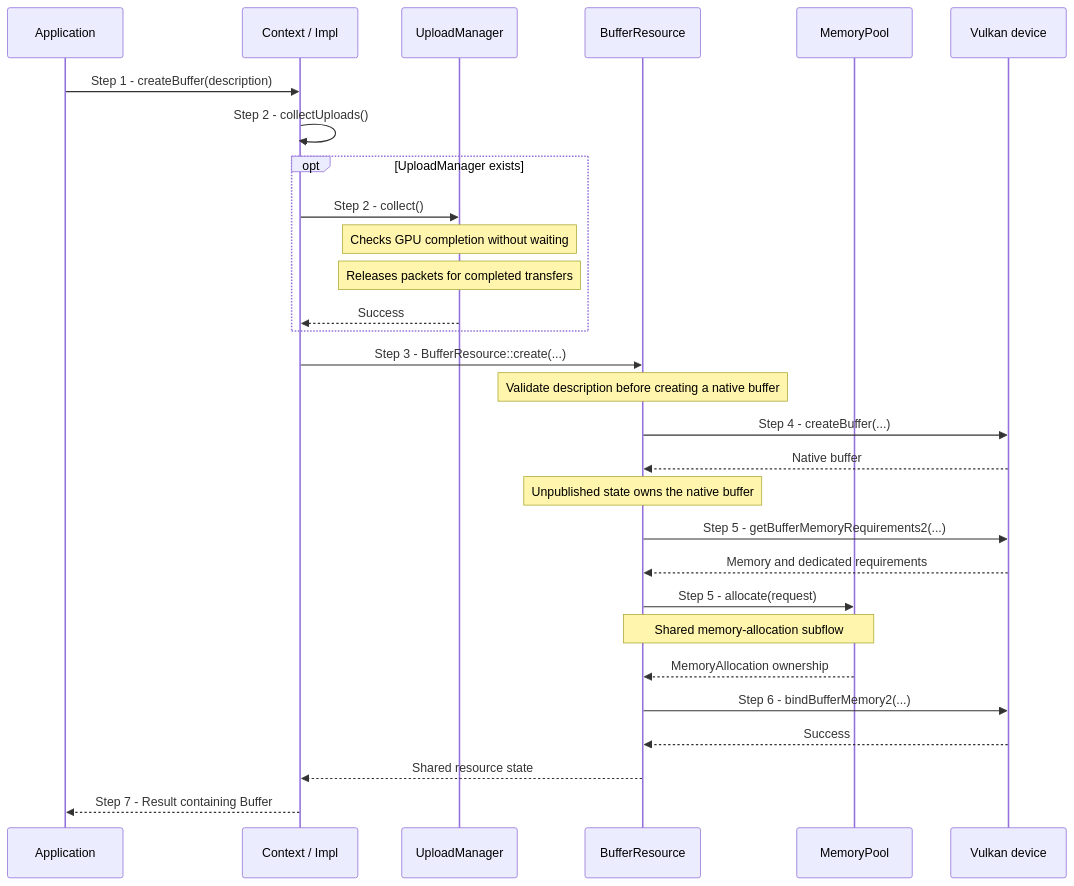
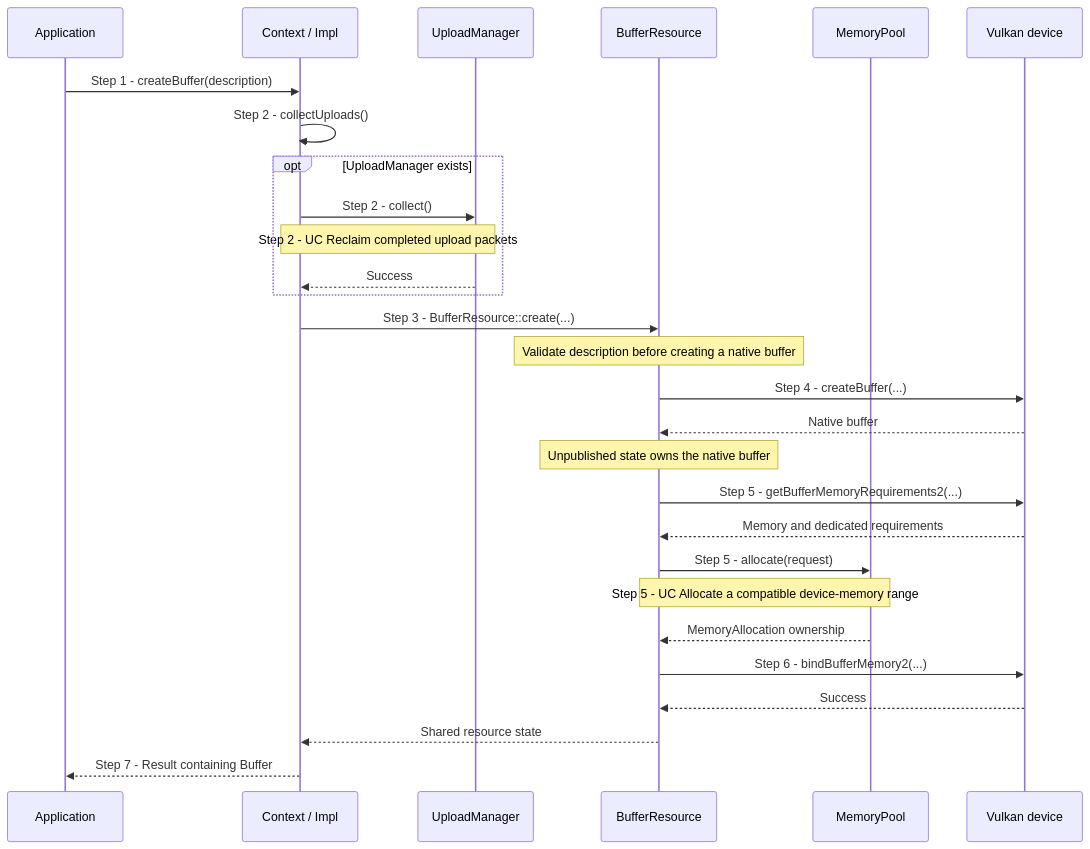
One commit to a-soltysik/Panda changed the first of 3 diagrams in docs/use-cases/create-buffer.md. Above: the diagram before and after it, drawn with Mermaid. The commit also changed other lines of this file and 23 other files, not shown here.

Commit message:
Align use-case references and document shared upload flows (#82)

````diff
--- a/docs/use-cases/create-buffer.md
+++ b/docs/use-cases/create-buffer.md
@@ -54,31 +51,30 @@
 ```mermaid
 sequenceDiagram
     participant A as Application
     participant C as Context / Impl
     participant U as UploadManager
     participant R as BufferResource
     participant P as MemoryPool
     participant V as Vulkan device
     A ->> C: Step 1 - createBuffer(description)
     C ->> C: Step 2 - collectUploads()
     opt UploadManager exists
         C ->> U: Step 2 - collect()
-        Note over U: Checks GPU completion without waiting
-        Note over U: Releases packets for completed transfers
+        Note over C,U: Step 2 - UC Reclaim completed upload packets
         U -->> C: Success
     end
     C ->> R: Step 3 - BufferResource::create(...)
     Note over R: Validate description before creating a native buffer
     R ->> V: Step 4 - createBuffer(...)
     V -->> R: Native buffer
     Note over R: Unpublished state owns the native buffer
     R ->> V: Step 5 - getBufferMemoryRequirements2(...)
     V -->> R: Memory and dedicated requirements
     R ->> P: Step 5 - allocate(request)
-    Note over R,P: Shared memory-allocation subflow
+    Note over R,P: Step 5 - UC Allocate a compatible device-memory range
     P -->> R: MemoryAllocation ownership
     R ->> V: Step 6 - bindBufferMemory2(...)
     V -->> R: Success
     R -->> C: Shared resource state
     C -->> A: Step 7 - Result containing Buffer
 ```
````
